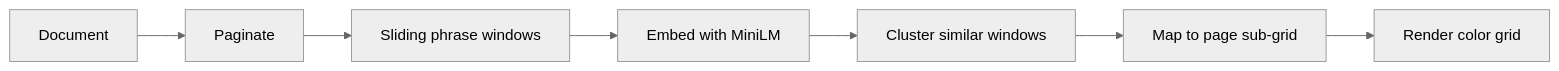
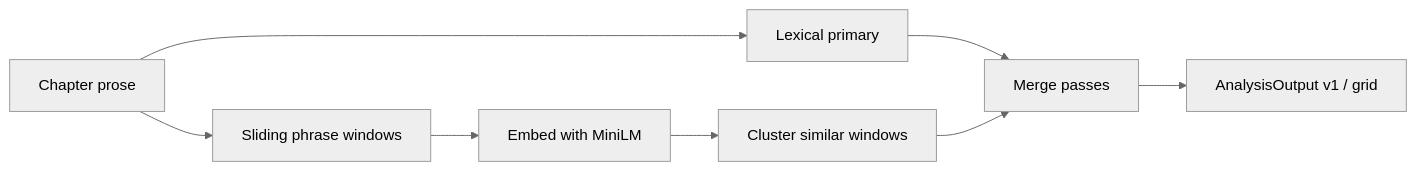
One commit to okita-io/similarity-map changed the diagram in README.md. Above: the diagram before and after it, drawn with Mermaid (neutral theme). The commit also changed other lines of this file and 55 other files, not shown here.

````diff
--- a/README.md
+++ b/README.md
@@ -39,9 +43,10 @@
 ```mermaid
 flowchart LR
-  A[Document] --> B[Paginate]
-  B --> C[Sliding phrase windows]
+  A[Chapter prose] --> L[Lexical primary]
+  A --> C[Sliding phrase windows]
   C --> D[Embed with MiniLM]
   D --> E[Cluster similar windows]
-  E --> F[Map to page sub-grid]
-  F --> G[Render color grid]
+  L --> M[Merge passes]
+  E --> M
+  M --> G[AnalysisOutput v1 / grid]
 ```
````
